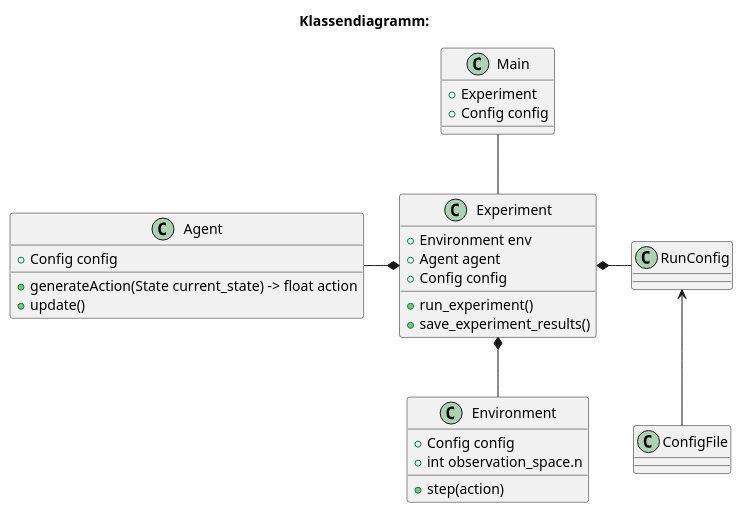
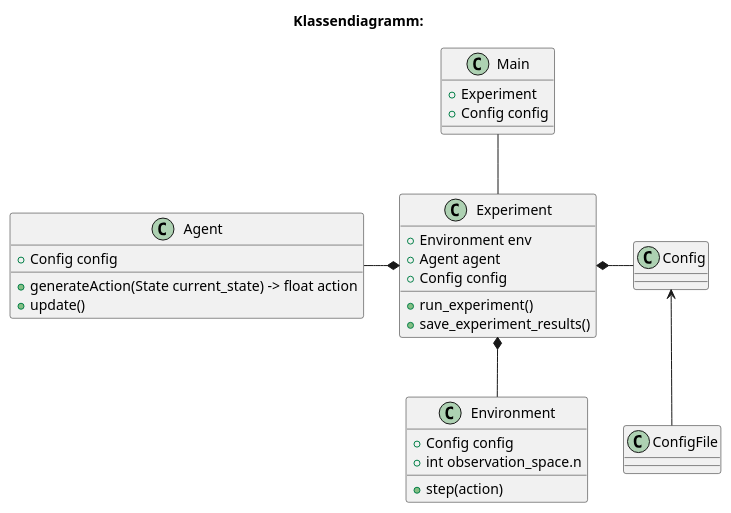
One commit to tluczekk/rl_project_2022 changed the diagram in documentation/class_diagram_v1.puml. Above: the diagram before and after it, drawn with PlantUML. The commit also changed 9 other files, not shown here.

```diff
--- a/documentation/class_diagram_v1.puml
+++ b/documentation/class_diagram_v1.puml
@@ -1,49 +1,49 @@
 @startuml
 allowmixing
 
 title Klassendiagramm:
 
 /' Define the class details'/
 
 /' ############################## Logic Package ########################'/
 
     class Main{
         +Experiment
         +Config config
     }
 
     class Experiment{
         +Environment env
         +Agent agent
         +Config config
         +run_experiment()
         +save_experiment_results()
     }
 
     class Environment {
         +Config config
         +int observation_space.n
         +step(action)
     }
 
     class Agent {
         +Config config
         +generateAction(State current_state) -> float action
         +update()
     }
 
 
 /' ############################## Connections ########################'/
 
 Main -- Experiment
 
 /' Model'/
 
-Experiment *-r-  RunConfig
+Experiment *-r-  Config
 Experiment *-l-  Agent
 Experiment *--  Environment
 
-RunConfig <-- ConfigFile
+Config <-- ConfigFile
 
 
 @enduml
```
